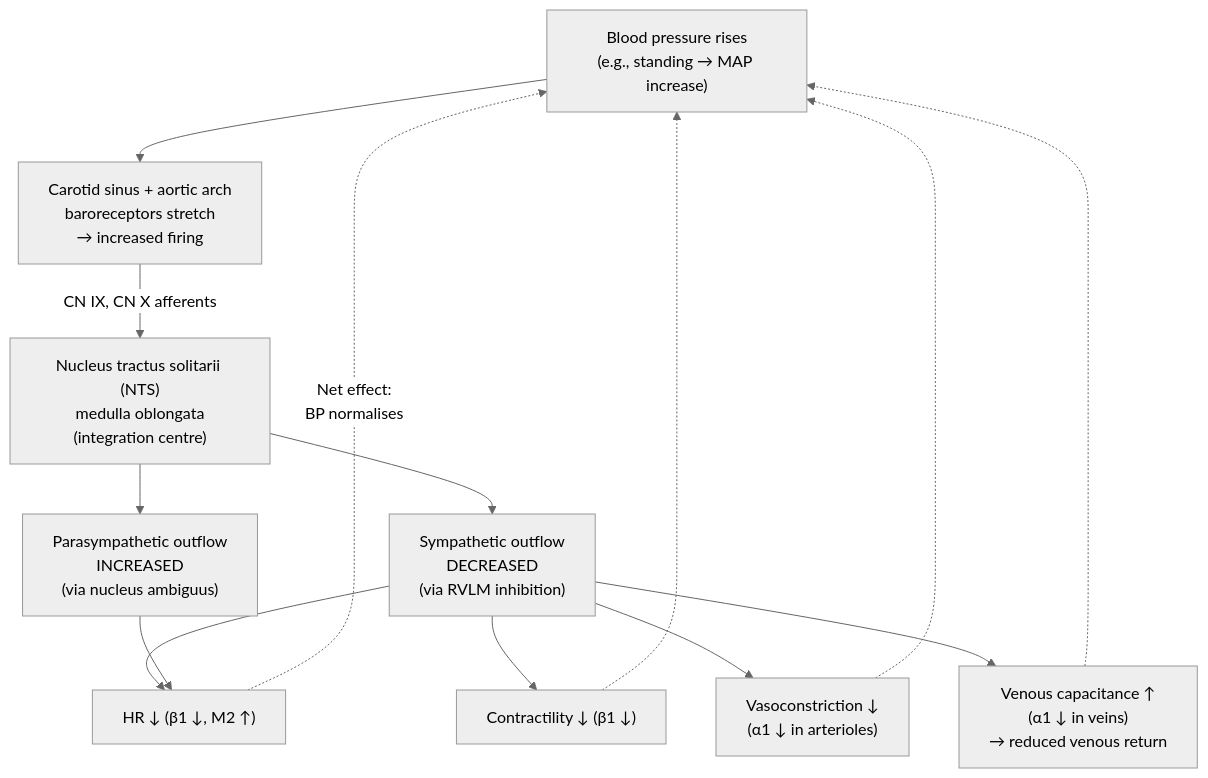
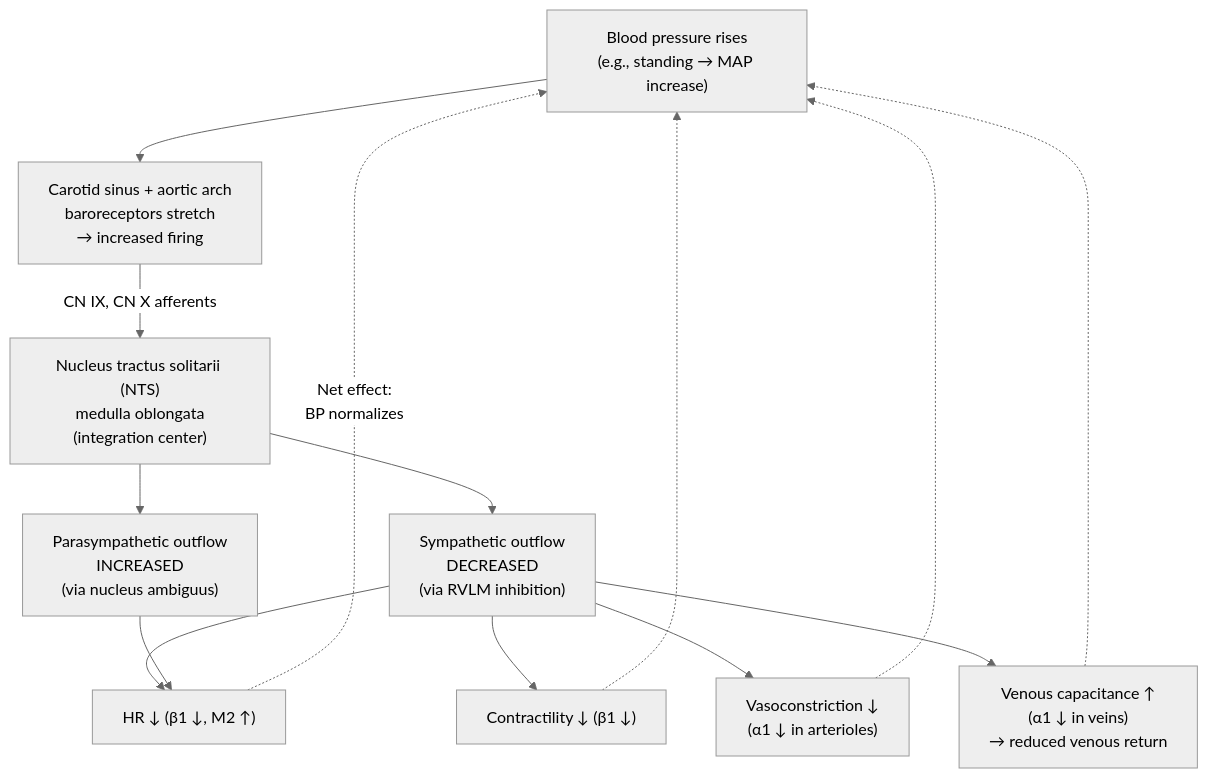
One commit to docxology/biology_textbook changed the second of 5 diagrams in manuscript/unit_IX/circulation_respiration_homeostasis.md. Above: the diagram before and after it, drawn with Mermaid (neutral theme). The commit also changed other lines of this file and 247 other files, not shown here.

````diff
--- a/manuscript/unit_IX/circulation_respiration_homeostasis.md
+++ b/manuscript/unit_IX/circulation_respiration_homeostasis.md
@@ -216,27 +217,27 @@
 ```mermaid
 flowchart TD
     BP["Blood pressure rises<br/>(e.g., standing → MAP increase)"]
     Recep["Carotid sinus + aortic arch<br/>baroreceptors stretch<br/>→ increased firing"]
-    NTS["Nucleus tractus solitarii (NTS)<br/>medulla oblongata<br/>(integration centre)"]
+    NTS["Nucleus tractus solitarii (NTS)<br/>medulla oblongata<br/>(integration center)"]
     Sym["Sympathetic outflow<br/>DECREASED<br/>(via RVLM inhibition)"]
     Para["Parasympathetic outflow<br/>INCREASED<br/>(via nucleus ambiguus)"]
     HR["HR ↓ (β1 ↓, M2 ↑)"]
     SV["Contractility ↓ (β1 ↓)"]
     TPR["Vasoconstriction ↓<br/>(α1 ↓ in arterioles)"]
     Vol["Venous capacitance ↑<br/>(α1 ↓ in veins)<br/>→ reduced venous return"]
 
     BP --> Recep
     Recep -->|"CN IX, CN X afferents"| NTS
     NTS --> Sym
     NTS --> Para
     Sym --> HR
     Sym --> SV
     Sym --> TPR
     Sym --> Vol
     Para --> HR
 
-    HR -.->|"Net effect:<br/>BP normalises"| BP
+    HR -.->|"Net effect:<br/>BP normalizes"| BP
     SV -.-> BP
     TPR -.-> BP
     Vol -.-> BP
 ```
````
